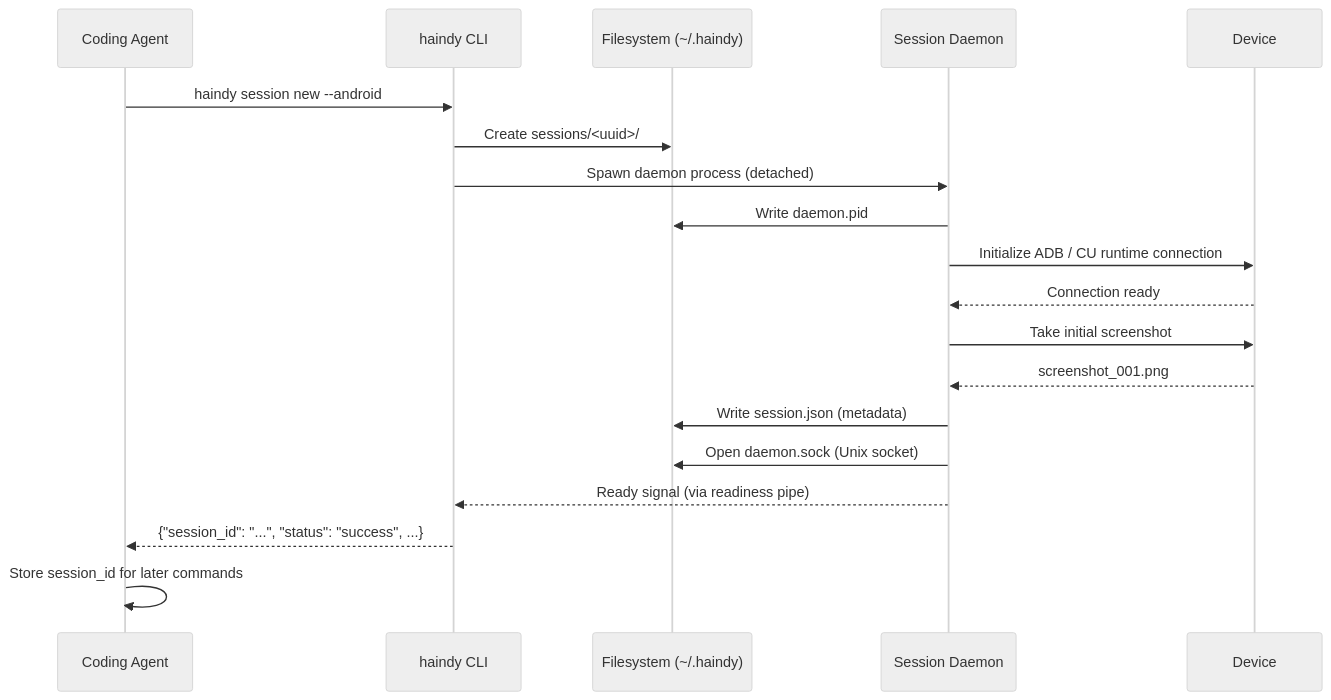
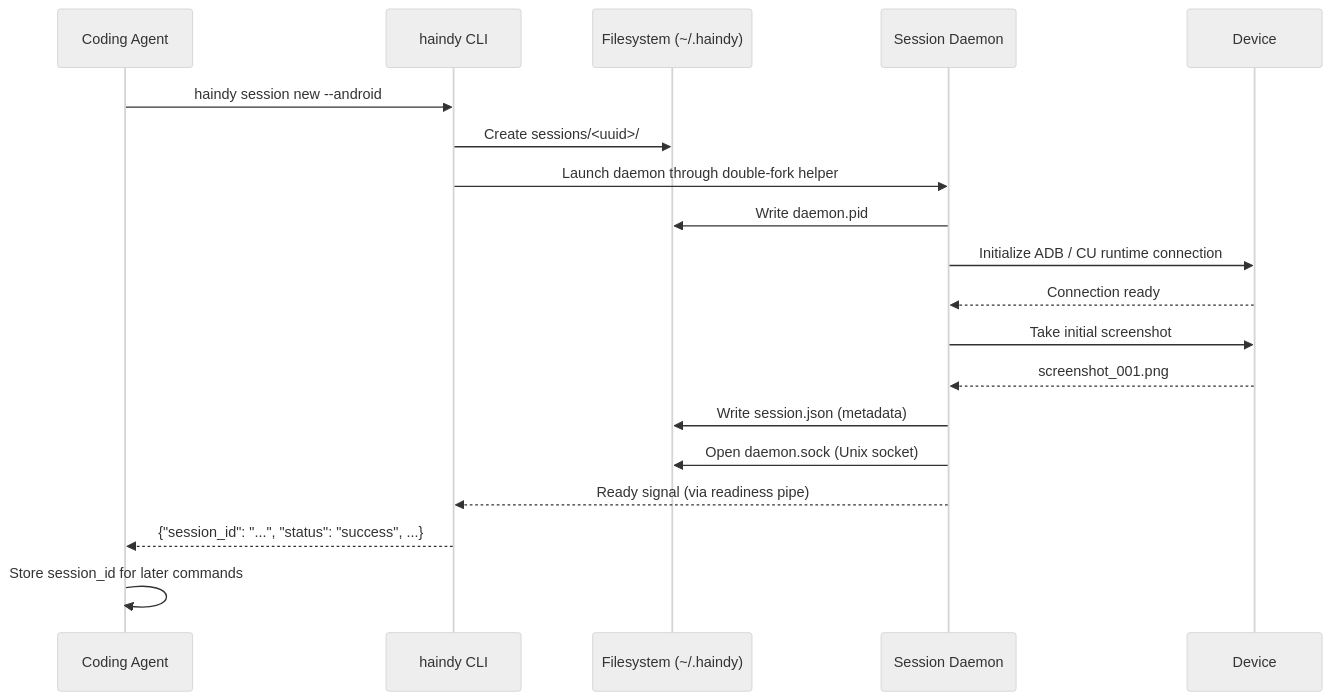
One commit to Haindy/haindy changed the second of 4 diagrams in docs/design/tool-call-mode/SESSION_DAEMON.md. Above: the diagram before and after it, drawn with Mermaid (neutral theme). The commit also changed other lines of this file and 12 other files, not shown here.

````diff
--- a/docs/design/tool-call-mode/SESSION_DAEMON.md
+++ b/docs/design/tool-call-mode/SESSION_DAEMON.md
@@ -41,22 +41,22 @@
 ```mermaid
 sequenceDiagram
     participant CA as Coding Agent
     participant CLI as haindy CLI
     participant FS as Filesystem (~/.haindy)
     participant D as Session Daemon
     participant DEV as Device
 
     CA->>CLI: haindy session new --android
     CLI->>FS: Create sessions/<uuid>/
-    CLI->>D: Spawn daemon process (detached)
+    CLI->>D: Launch daemon through double-fork helper
     D->>FS: Write daemon.pid
     D->>DEV: Initialize ADB / CU runtime connection
     DEV-->>D: Connection ready
     D->>DEV: Take initial screenshot
     DEV-->>D: screenshot_001.png
     D->>FS: Write session.json (metadata)
     D->>FS: Open daemon.sock (Unix socket)
     D-->>CLI: Ready signal (via readiness pipe)
     CLI-->>CA: {"session_id": "...", "status": "success", ...}
     CA->>CA: Store session_id for later commands
 ```
````
